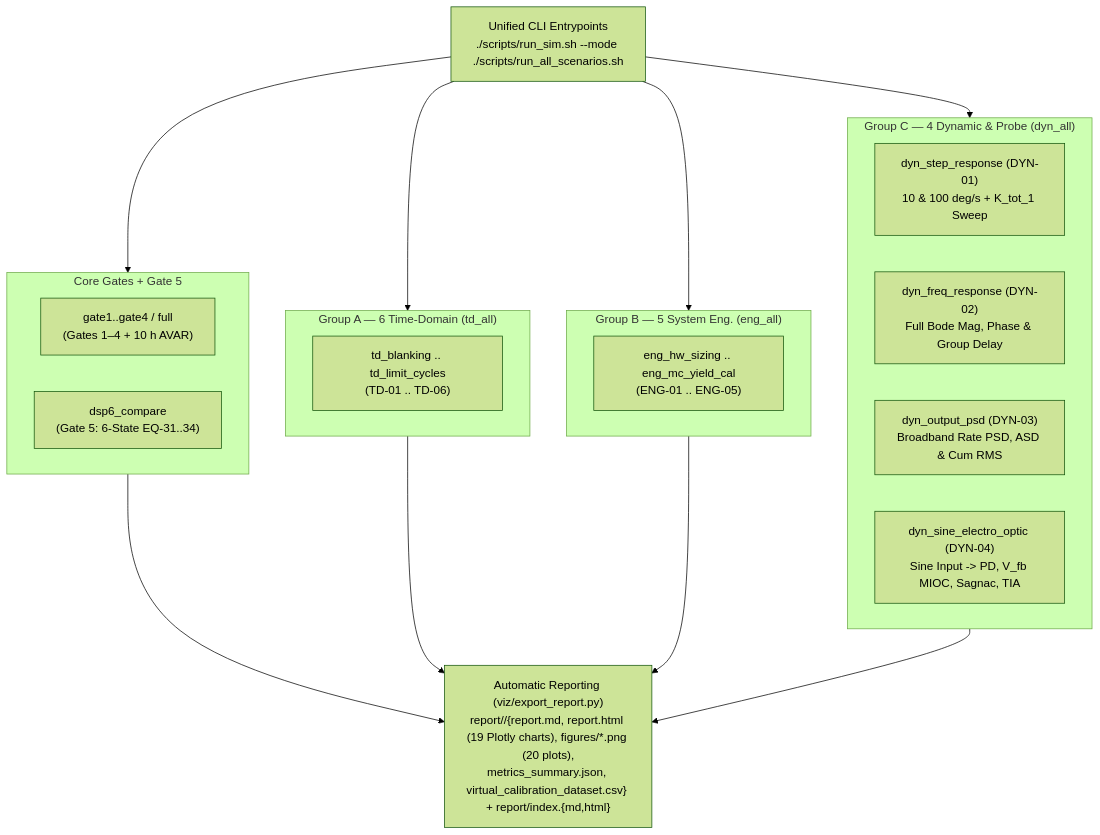
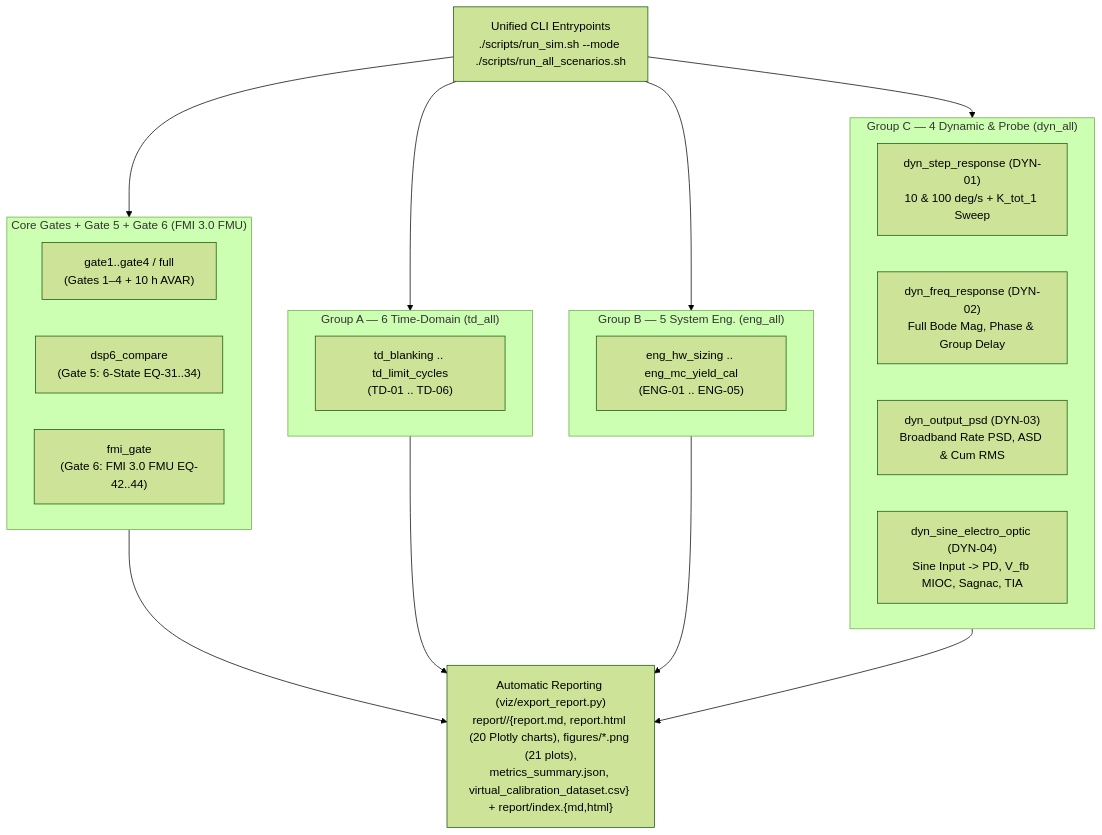
One commit to Duy-Huan/ifog-vproto changed the diagram in docs/IFOG_SIMULATION_SCENARIOS.md. Above: the diagram before and after it, drawn with Mermaid (forest theme). The commit also changed other lines of this file and 66 other files, not shown here.

Commit message:
Release v3.0.0: IFOG-SIM-SPEC-006 Standalone FMI 3.0 Co-Simulation FMU, Gate 6 & 44-Formula Verification

````diff
--- a/docs/IFOG_SIMULATION_SCENARIOS.md
+++ b/docs/IFOG_SIMULATION_SCENARIOS.md
@@ -35,34 +37,35 @@
 ```mermaid
 flowchart TB
     CLI["Unified CLI Entrypoints\n./scripts/run_sim.sh --mode <mode>\n./scripts/run_all_scenarios.sh"]
 
-    subgraph CORE["Core Gates + Gate 5"]
+    subgraph CORE["Core Gates + Gate 5 + Gate 6 (FMI 3.0 FMU)"]
         G1["gate1..gate4 / full\n(Gates 1–4 + 10 h AVAR)"]
         DSP6["dsp6_compare\n(Gate 5: 6-State EQ-31..34)"]
+        FMI6["fmi_gate\n(Gate 6: FMI 3.0 FMU EQ-42..44)"]
     end
 
     subgraph TDG["Group A — 6 Time-Domain (td_all)"]
         TD1["td_blanking .. td_limit_cycles\n(TD-01 .. TD-06)"]
     end
 
     subgraph ENGG["Group B — 5 System Eng. (eng_all)"]
         E1["eng_hw_sizing .. eng_mc_yield_cal\n(ENG-01 .. ENG-05)"]
     end
 
     subgraph DYNG["Group C — 4 Dynamic & Probe (dyn_all)"]
         D1["dyn_step_response (DYN-01)\n10 & 100 deg/s + K_tot_1 Sweep"]
         D2["dyn_freq_response (DYN-02)\nFull Bode Mag, Phase & Group Delay"]
         D3["dyn_output_psd (DYN-03)\nBroadband Rate PSD, ASD & Cum RMS"]
         D4["dyn_sine_electro_optic (DYN-04)\nSine Input -> PD, V_fb MIOC, Sagnac, TIA"]
     end
 
     CLI --> CORE
     CLI --> TDG
     CLI --> ENGG
     CLI --> DYNG
 
-    CORE --> RPT["Automatic Reporting (viz/export_report.py)\nreport/<run_id>/{report.md, report.html (19 Plotly charts), figures/*.png (20 plots),\nmetrics_summary.json, virtual_calibration_dataset.csv} + report/index.{md,html}"]
+    CORE --> RPT["Automatic Reporting (viz/export_report.py)\nreport/<run_id>/{report.md, report.html (20 Plotly charts), figures/*.png (21 plots),\nmetrics_summary.json, virtual_calibration_dataset.csv} + report/index.{md,html}"]
     TDG --> RPT
     ENGG --> RPT
     DYNG --> RPT
 ```
````
